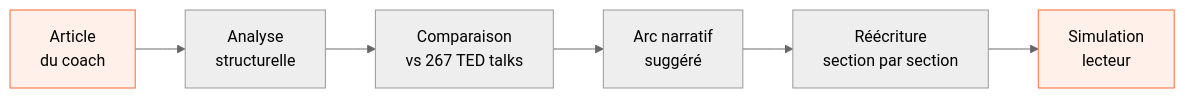
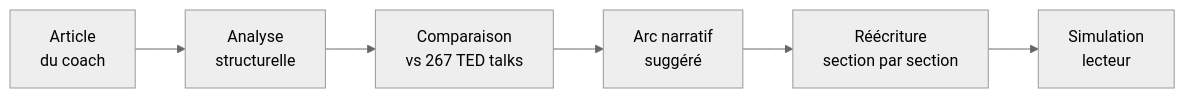
Before and after one commit to jbdaudet/leplusgrandnombre: the fourth of 6 diagrams in content/applications.md, drawn with Mermaid (neutral theme). The commit also changed other lines of this file and 4 other files, not shown here.

Commit message:
update of the design scroll back up behavior + mermaid graphs rebuild

```diff
--- a/content/applications.md
+++ b/content/applications.md
@@ -158,11 +142,8 @@
 {{< mermaid >}}
 flowchart LR
     A["Article\ndu coach"] --> B["Analyse\nstructurelle"]
     B --> C["Comparaison\nvs 267 TED talks"]
     C --> D["Arc narratif\nsuggéré"]
     D --> E["Réécriture\nsection par section"]
     E --> F["Simulation\nlecteur"]
-
-    style A fill:#FFF0E9,stroke:#FF6B35
-    style F fill:#FFF0E9,stroke:#FF6B35
 {{< /mermaid >}}
```
